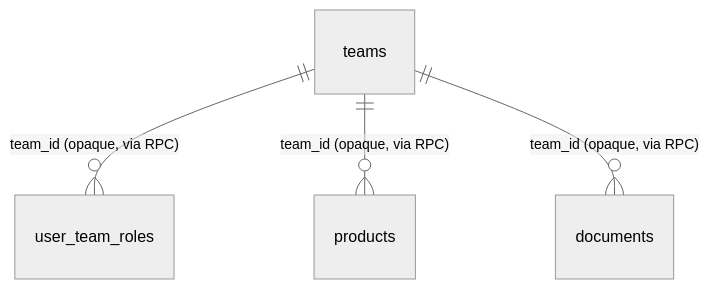
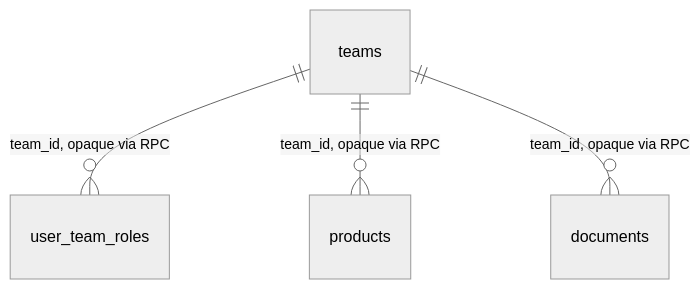
Before and after one commit to pdcgo/warehouse_revamp: the seventh of 7 diagrams in docs/database-schema.md, drawn with Mermaid (neutral theme). The commit also changed other lines of this file, not shown here.

First line of the commit message:
docs: fix mermaid render errors in schema diagrams (#30 rework)

````diff
--- a/docs/database-schema.md
+++ b/docs/database-schema.md
@@ -210,6 +211,6 @@
 ```mermaid
 erDiagram
-    teams ||--o{ user_team_roles : "team_id (opaque, via RPC)"
-    teams ||--o{ products : "team_id (opaque, via RPC)"
-    teams ||--o{ documents : "team_id (opaque, via RPC)"
+    teams ||--o{ user_team_roles : "team_id, opaque via RPC"
+    teams ||--o{ products : "team_id, opaque via RPC"
+    teams ||--o{ documents : "team_id, opaque via RPC"
 ```
````
